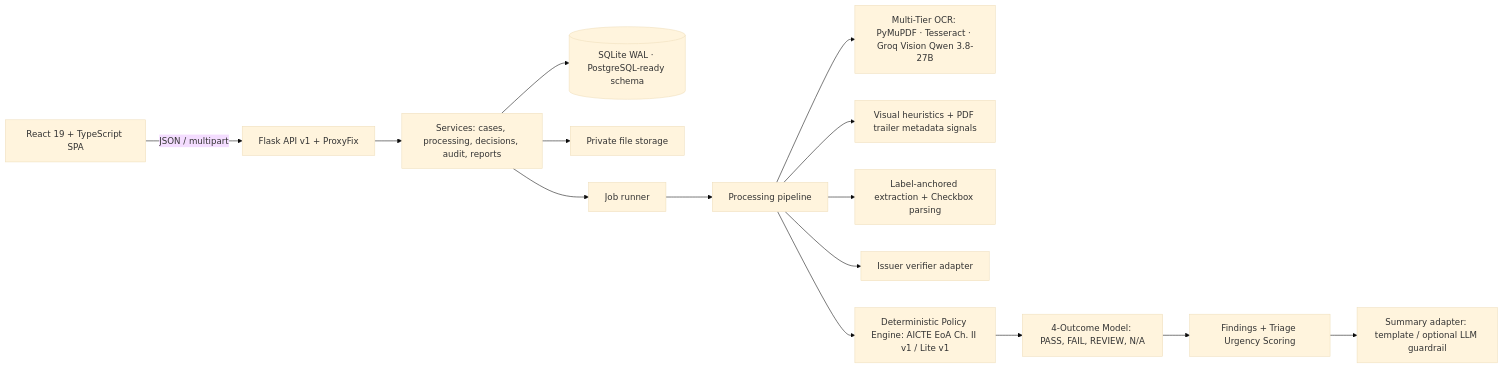
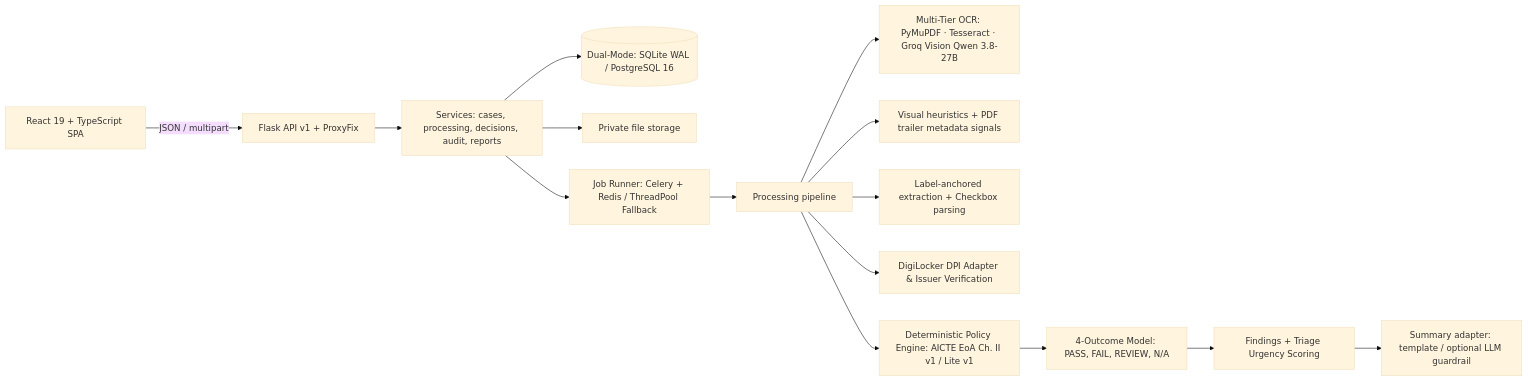
The first of 2 diagrams in docs/ARCHITECTURE.md (suryakrishna17/Veriscope), drawn with Mermaid (base theme) before and after one commit. The commit also changed other lines of this file, not shown here.

Commit message:
docs: synchronize ARCHITECTURE.md with dual-mode postgresql, celery task queue, and digilocker dpi gateway

````diff
--- a/docs/ARCHITECTURE.md
+++ b/docs/ARCHITECTURE.md
@@ -3,17 +3,17 @@
 ```mermaid
 flowchart LR
   UI[React 19 + TypeScript SPA] -->|JSON / multipart| API[Flask API v1 + ProxyFix]
   API --> SVC[Services: cases, processing, decisions, audit, reports]
-  SVC --> DB[(SQLite WAL · PostgreSQL-ready schema)]
+  SVC --> DB[(Dual-Mode: SQLite WAL / PostgreSQL 16)]
   SVC --> ST[Private file storage]
-  SVC --> JOB[Job runner]
+  SVC --> JOB[Job Runner: Celery + Redis / ThreadPool Fallback]
   JOB --> PIPE[Processing pipeline]
   PIPE --> TXT[Multi-Tier OCR: PyMuPDF · Tesseract · Groq Vision Qwen 3.8-27B]
   PIPE --> SIG[Visual heuristics + PDF trailer metadata signals]
   PIPE --> EXT[Label-anchored extraction + Checkbox parsing]
-  PIPE --> ISS[Issuer verifier adapter]
+  PIPE --> ISS[DigiLocker DPI Adapter & Issuer Verification]
   PIPE --> RULES[Deterministic Policy Engine: AICTE EoA Ch. II v1 / Lite v1]
   RULES --> EVAL[4-Outcome Model: PASS, FAIL, REVIEW, N/A]
   EVAL --> FIND[Findings + Triage Urgency Scoring]
   FIND --> AI[Summary adapter: template / optional LLM guardrail]
 ```
````
